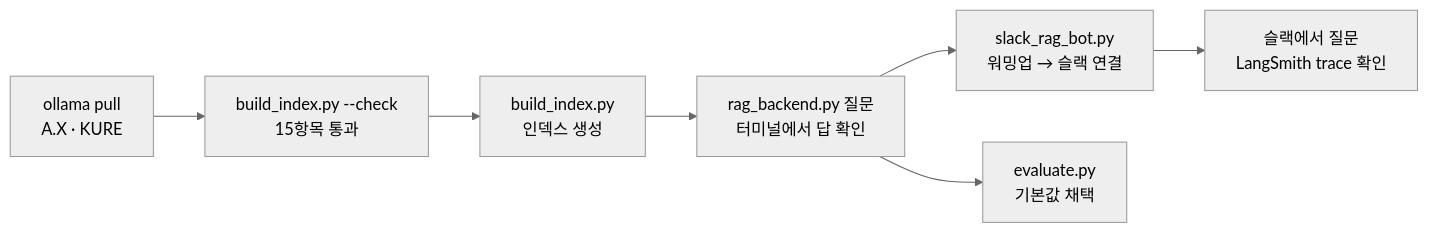
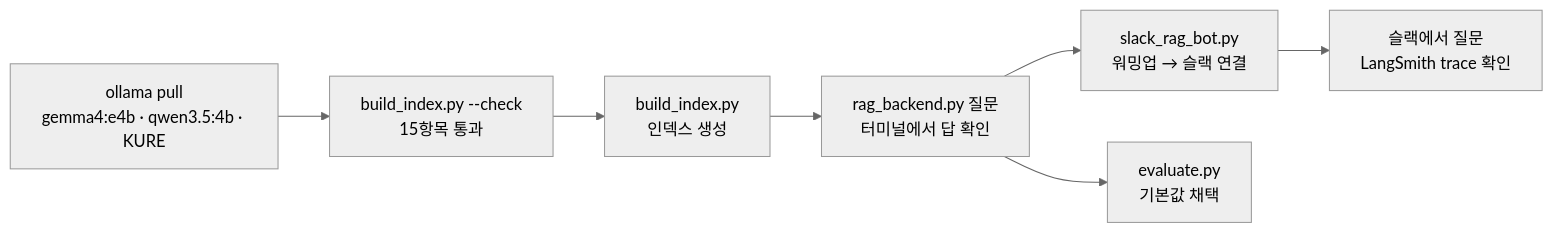
The tenth of 10 diagrams in docs/architecture.md (Jinseok2419342/recycle-rag-slack-bot), drawn with Mermaid (neutral theme) before and after one commit. The commit also changed other lines of this file and 37 other files, not shown here.

First line of the commit message:
생성 gemma4:e4b + 사진 qwen3.5:4b(pick) 채택 · 문서를 새 구성 기준으로 다시 씀

````diff
--- a/docs/architecture.md
+++ b/docs/architecture.md
@@ -318,9 +371,9 @@
 ```mermaid
 flowchart LR
-    a["ollama pull<br/>A.X · KURE"] --> b["build_index.py --check<br/>15항목 통과"]
+    a["ollama pull<br/>gemma4:e4b · qwen3.5:4b · KURE"] --> b["build_index.py --check<br/>15항목 통과"]
     b --> c["build_index.py<br/>인덱스 생성"]
     c --> d["rag_backend.py 질문<br/>터미널에서 답 확인"]
     d --> e["slack_rag_bot.py<br/>워밍업 → 슬랙 연결"]
     e --> f["슬랙에서 질문<br/>LangSmith trace 확인"]
     d --> g["evaluate.py<br/>기본값 채택"]
 ```
````
